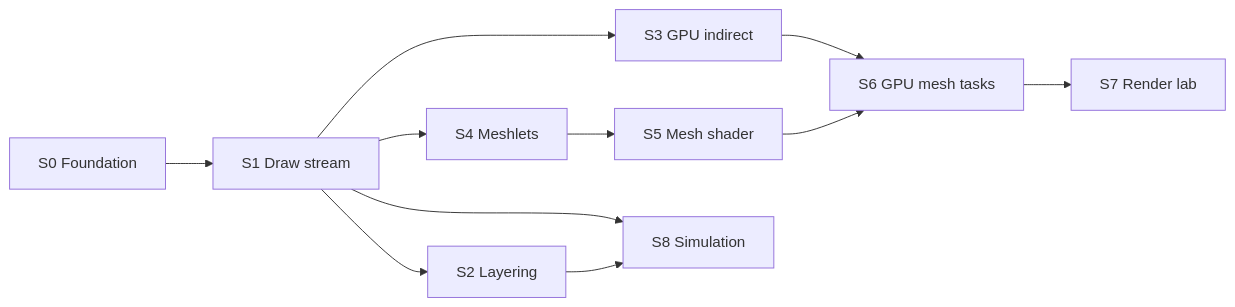
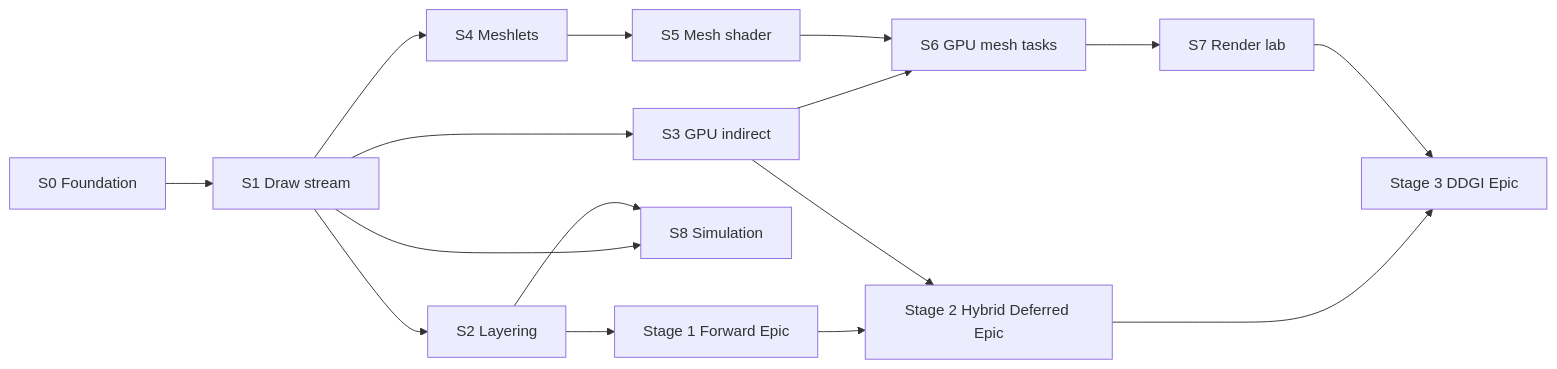
One commit to PluseggWill/SiriusEngine_VulkanReboot changed the first of 3 diagrams in Docs/SprintPlan.md. Above: the diagram before and after it, drawn with Mermaid. The commit also changed other lines of this file and 6 other files, not shown here.

First line of the commit message:
[Docs] Align sprint planning, naming, and validation flow

````diff
--- a/Docs/SprintPlan.md
+++ b/Docs/SprintPlan.md
@@ -36,13 +37,19 @@
 ```mermaid
 flowchart LR
-  S0[S0 Foundation] --> S1[S1 Draw stream]
-  S1 --> S2[S2 Layering]
-  S1 --> S3[S3 GPU indirect]
-  S1 --> S4[S4 Meshlets]
-  S4 --> S5[S5 Mesh shader]
-  S3 --> S6[S6 GPU mesh tasks]
-  S5 --> S6
-  S6 --> S7[S7 Render lab]
-  S1 --> S8[S8 Simulation]
-  S2 --> S8
+  SPR_S0[S0 Foundation] --> SPR_S1[S1 Draw stream]
+  SPR_S1 --> SPR_S2[S2 Layering]
+  SPR_S1 --> SPR_S3[S3 GPU indirect]
+  SPR_S1 --> SPR_S4[S4 Meshlets]
+  SPR_S4 --> SPR_S5[S5 Mesh shader]
+  SPR_S3 --> SPR_S6[S6 GPU mesh tasks]
+  SPR_S5 --> SPR_S6
+  SPR_S6 --> SPR_S7[S7 Render lab]
+  SPR_S1 --> SPR_S8[S8 Simulation]
+  SPR_S2 --> SPR_S8
+
+  STG_1[Stage 1 Forward Epic] --> STG_2[Stage 2 Hybrid Deferred Epic]
+  STG_2 --> STG_3[Stage 3 DDGI Epic]
+  SPR_S2 --> STG_1
+  SPR_S3 --> STG_2
+  SPR_S7 --> STG_3
 ```
````
